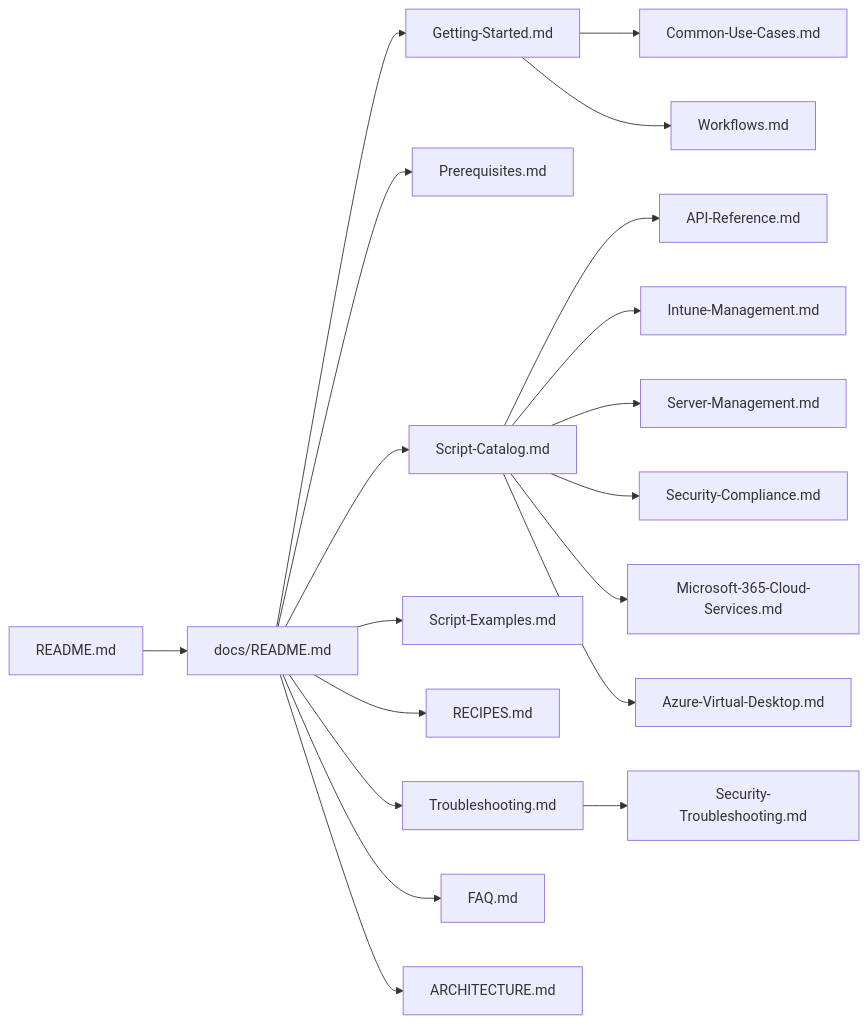
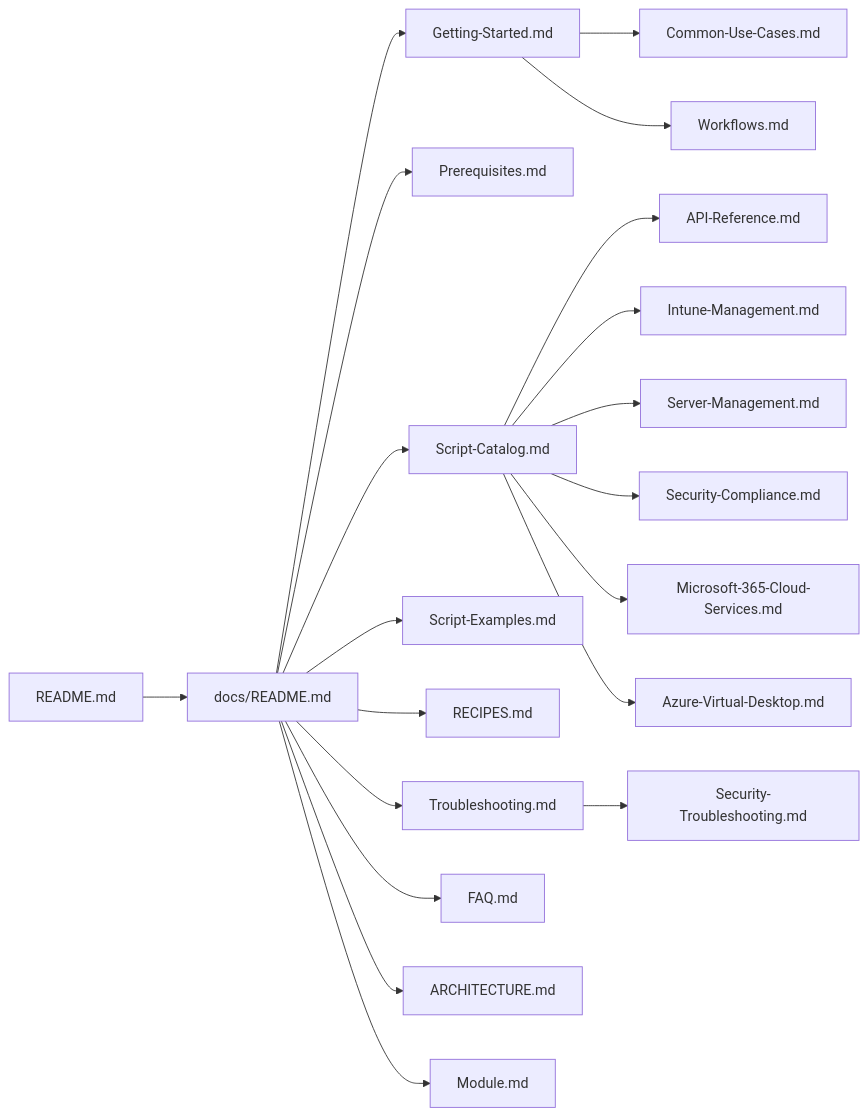
The diagram in docs/README.md (Carme99/bug-free-umbrella), drawn with Mermaid before and after one commit. The commit also changed other lines of this file and 414 other files, not shown here.

````diff
--- a/docs/README.md
+++ b/docs/README.md
@@ -13,21 +13,22 @@
 ```mermaid
 flowchart LR
     ROOT[README.md] --> HUB[docs/README.md]
     HUB --> GS[Getting-Started.md]
     HUB --> PR[Prerequisites.md]
     HUB --> CAT[Script-Catalog.md]
     HUB --> EX[Script-Examples.md]
     HUB --> REC[RECIPES.md]
     HUB --> TRO[Troubleshooting.md]
     HUB --> FAQ[FAQ.md]
     HUB --> ARCH[ARCHITECTURE.md]
+    HUB --> MOD[Module.md]
     GS --> USE[Common-Use-Cases.md]
     GS --> WF[Workflows.md]
     CAT --> API[API-Reference.md]
     CAT --> IMC[Intune-Management.md]
     CAT --> SER[Server-Management.md]
     CAT --> SEC[Security-Compliance.md]
     CAT --> M365[Microsoft-365-Cloud-Services.md]
     CAT --> AVD[Azure-Virtual-Desktop.md]
     TRO --> ST[Security-Troubleshooting.md]
 ```
````
